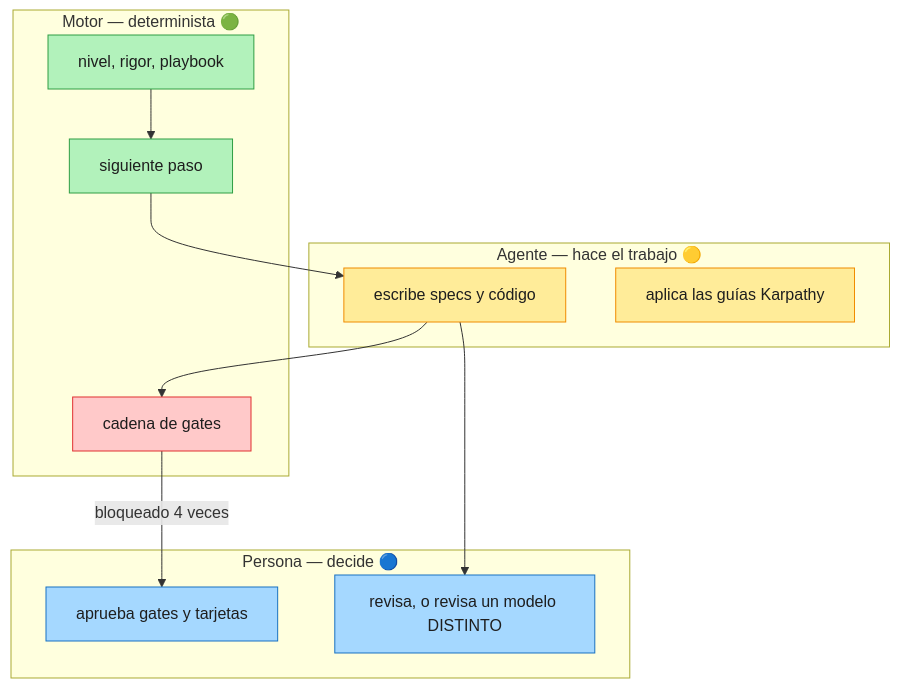
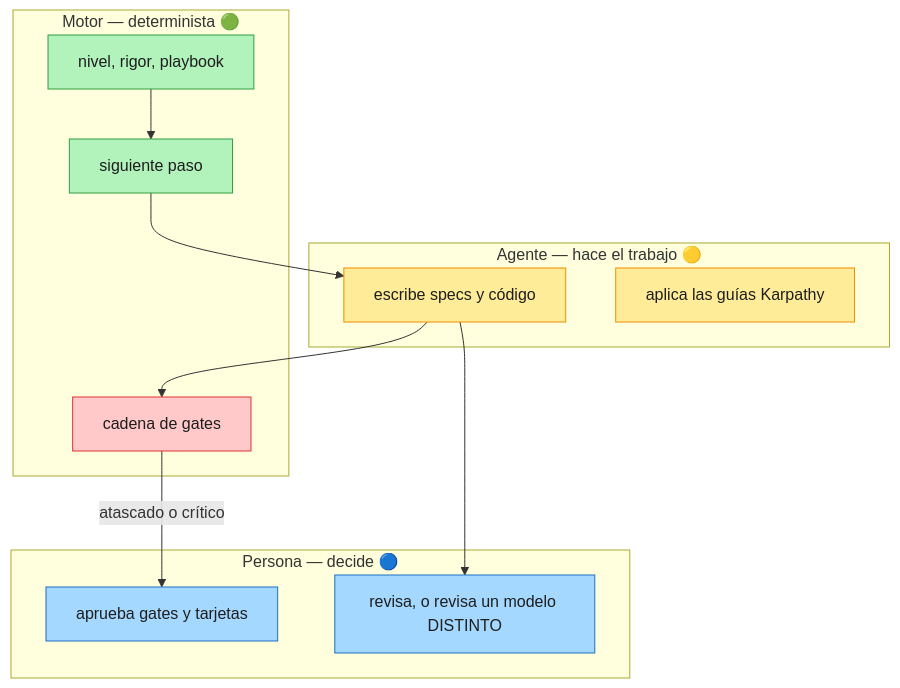
Before and after one commit to Brujo2020/OpenSDD: the second of 3 diagrams in README.es.md, drawn with Mermaid. The commit also changed other lines of this file and 58 other files, not shown here.

````diff
--- a/README.es.md
+++ b/README.es.md
@@ -44,23 +46,23 @@
 ```mermaid
 flowchart TB
   subgraph Motor["Motor — determinista 🟢"]
     E1["nivel, rigor, playbook"]:::auto
     E2["siguiente paso"]:::auto
     E3["cadena de gates"]:::block
   end
   subgraph Agente["Agente — hace el trabajo 🟡"]
     A1["escribe specs y código"]:::advisory
     A2["aplica las guías Karpathy"]:::advisory
   end
   subgraph Persona["Persona — decide 🔵"]
     P1["aprueba gates y tarjetas"]:::human
     P2["revisa, o revisa un modelo DISTINTO"]:::human
   end
   E1 --> E2 --> A1 --> E3
-  E3 -- bloqueado 4 veces --> P1
+  E3 -- "atascado o crítico" --> P1
   A1 --> P2
   classDef auto fill:#b2f2bb,stroke:#2f9e44,color:#1e1e1e
   classDef advisory fill:#ffec99,stroke:#f08c00,color:#1e1e1e
   classDef block fill:#ffc9c9,stroke:#e03131,color:#1e1e1e
   classDef human fill:#a5d8ff,stroke:#1971c2,color:#1e1e1e
 ```
````
